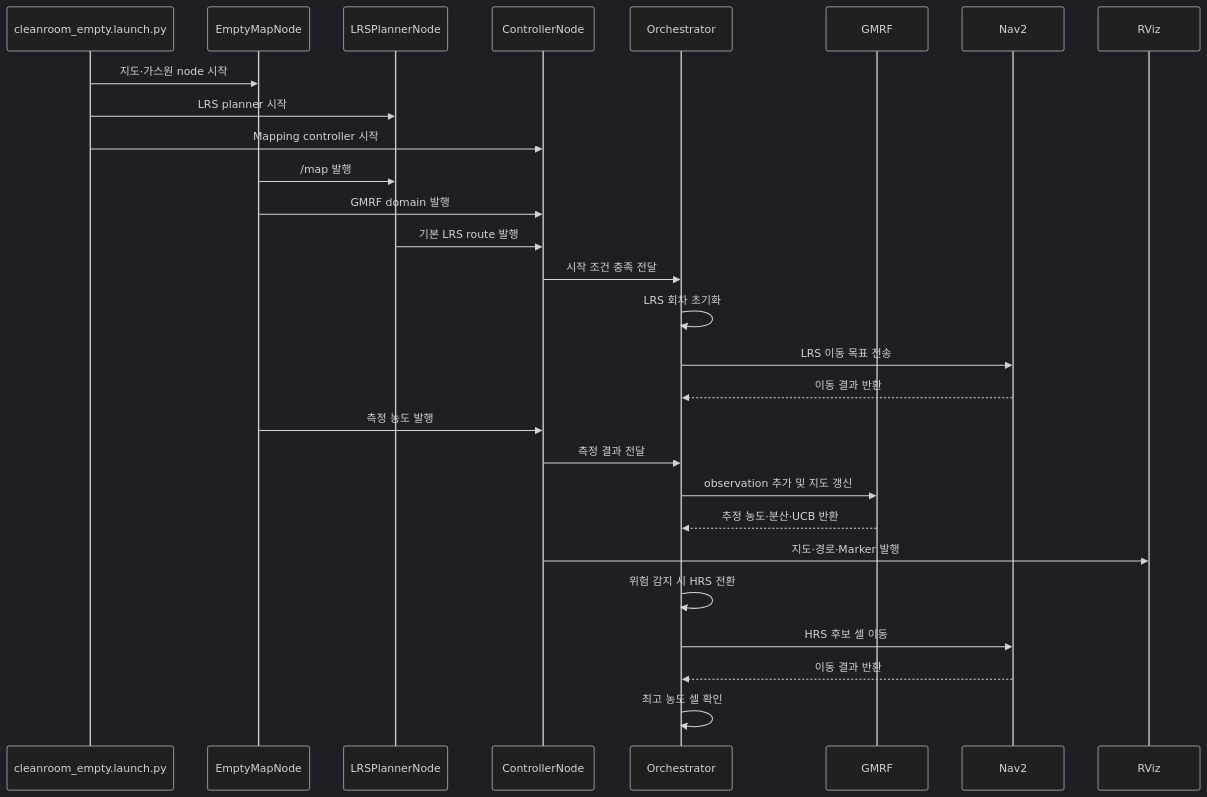
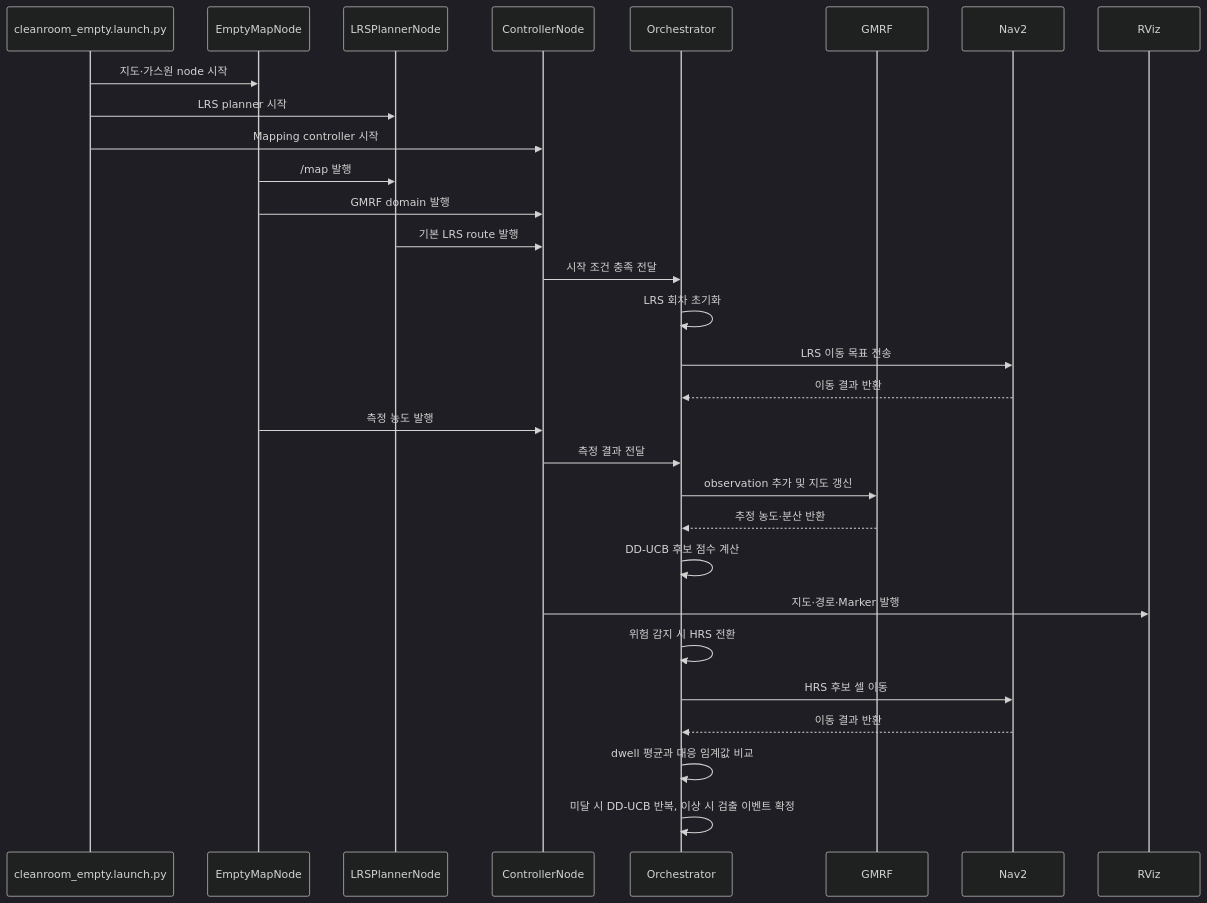
One commit to iCIRLab/icir_cleanroom changed the diagram in README.md. Above: the diagram before and after it, drawn with Mermaid (dark theme). The commit also changed other lines of this file and 28 other files, not shown here.

````diff
--- a/README.md
+++ b/README.md
@@ -87,35 +96,37 @@
 ```mermaid
 sequenceDiagram
     participant Launch as cleanroom_empty.launch.py
     participant Map as EmptyMapNode
     participant LRS as LRSPlannerNode
     participant Ctrl as ControllerNode
     participant App as Orchestrator
     participant GMRF
     participant Nav2
     participant RViz
 
     Launch->>Map: 지도·가스원 node 시작
     Launch->>LRS: LRS planner 시작
     Launch->>Ctrl: Mapping controller 시작
 
     Map->>LRS: /map 발행
     Map->>Ctrl: GMRF domain 발행
     LRS->>Ctrl: 기본 LRS route 발행
 
     Ctrl->>App: 시작 조건 충족 전달
     App->>App: LRS 회차 초기화
     App->>Nav2: LRS 이동 목표 전송
     Nav2-->>App: 이동 결과 반환
 
     Map->>Ctrl: 측정 농도 발행
     Ctrl->>App: 측정 결과 전달
     App->>GMRF: observation 추가 및 지도 갱신
-    GMRF-->>App: 추정 농도·분산·UCB 반환
+    GMRF-->>App: 추정 농도·분산 반환
+    App->>App: DD-UCB 후보 점수 계산
     Ctrl->>RViz: 지도·경로·Marker 발행
 
     App->>App: 위험 감지 시 HRS 전환
     App->>Nav2: HRS 후보 셀 이동
     Nav2-->>App: 이동 결과 반환
-    App->>App: 최고 농도 셀 확인
+    App->>App: dwell 평균과 대응 임계값 비교
+    App->>App: 미달 시 DD-UCB 반복, 이상 시 검출 이벤트 확정
 ```
````
